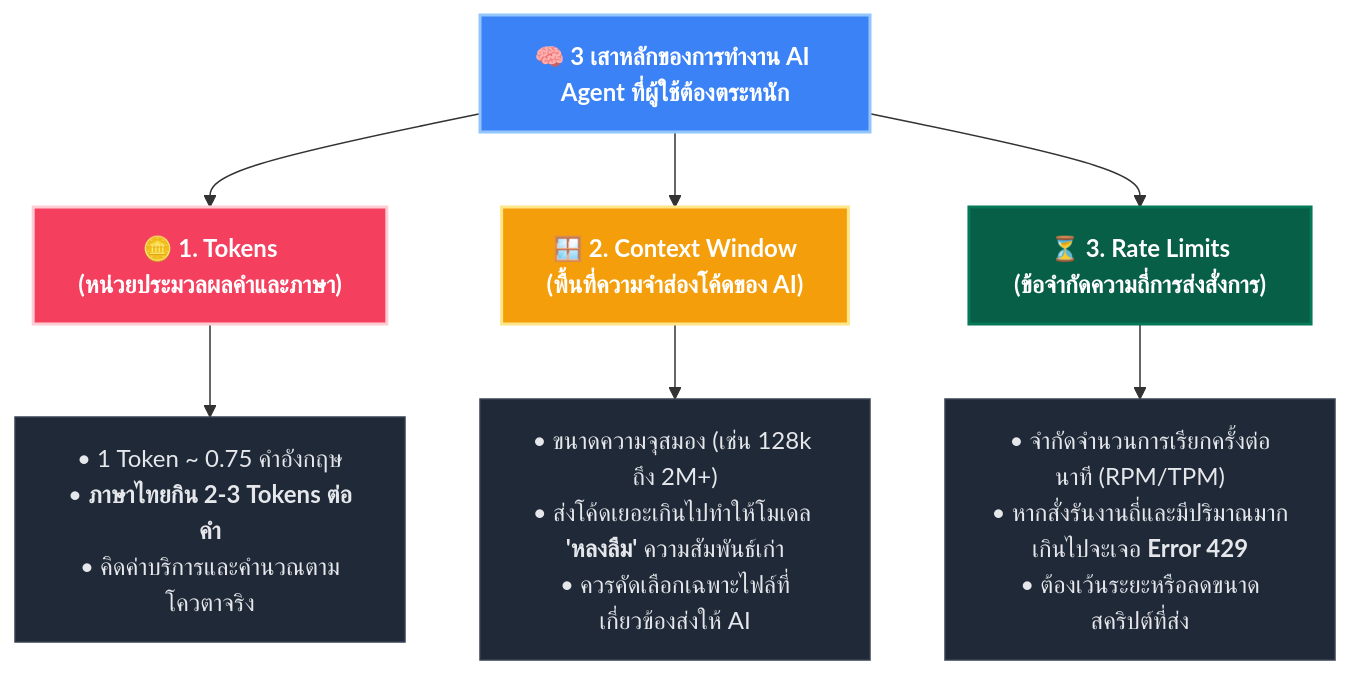
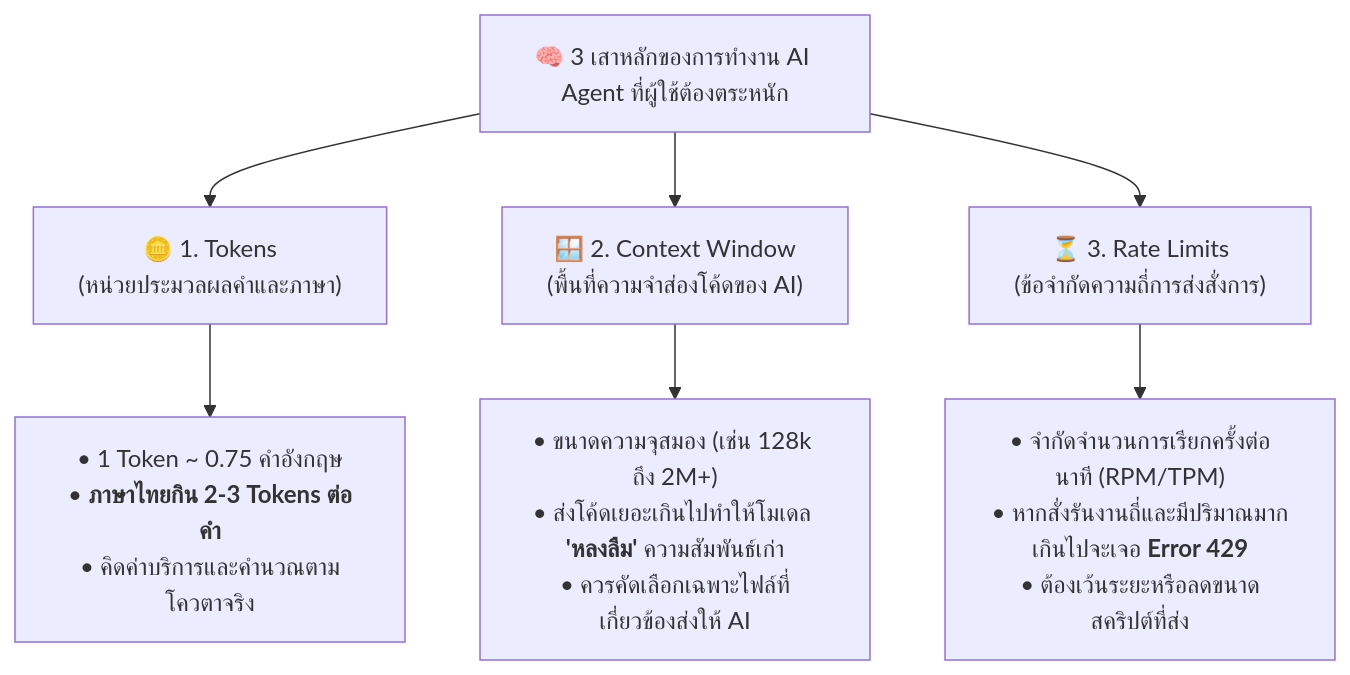
Before and after one commit to Krungsri/laravel-vibecode: the sixth of 8 diagrams in 01-lesson.md, drawn with Mermaid. The commit also changed other lines of this file and 3 other files, not shown here.

Commit message:
style: remove hardcoded Mermaid styles, fix overflow in requirements chart, and invert Anthropic logo in light mode

````diff
--- a/01-lesson.md
+++ b/01-lesson.md
@@ -830,28 +780,16 @@
 ```mermaid
 graph TD
     Root["🧠 3 เสาหลักของการทำงาน AI Agent ที่ผู้ใช้ต้องตระหนัก"]
     
     %% Pillar 1
     Root --> P1["🪙 1. Tokens<br>(หน่วยประมวลผลคำและภาษา)"]
     P1 --> P1_1["• 1 Token ~ 0.75 คำอังกฤษ<br>• <b>ภาษาไทยกิน 2-3 Tokens ต่อคำ</b><br>• คิดค่าบริการและคำนวณตามโควตาจริง"]
     
     %% Pillar 2
     Root --> P2["🪟 2. Context Window<br>(พื้นที่ความจำส่องโค้ดของ AI)"]
     P2 --> P2_1["• ขนาดความจุสมอง (เช่น 128k ถึง 2M+)<br>• ส่งโค้ดเยอะเกินไปทำให้โมเดล <b>'หลงลืม'</b> ความสัมพันธ์เก่า<br>• ควรคัดเลือกเฉพาะไฟล์ที่เกี่ยวข้องส่งให้ AI"]
     
     %% Pillar 3
     Root --> P3["⏳ 3. Rate Limits<br>(ข้อจำกัดความถี่การส่งสั่งการ)"]
     P3 --> P3_1["• จำกัดจำนวนการเรียกครั้งต่อนาที (RPM/TPM)<br>• หากสั่งรันงานถี่และมีปริมาณมากเกินไปจะเจอ <b>Error 429</b><br>• ต้องเว้นระยะหรือลดขนาดสคริปต์ที่ส่ง"]
-
-    %% Premium Style Definition
-    style Root fill:#3b82f6,stroke:#93c5fd,stroke-width:2px,color:#ffffff,font-weight:bold
-    
-    style P1 fill:#f43f5e,stroke:#fecdd3,stroke-width:2px,color:#ffffff,font-weight:bold
-    style P1_1 fill:#1f2937,stroke:#374151,stroke-width:1px,color:#e5e7eb
-    
-    style P2 fill:#f59e0b,stroke:#fde68a,stroke-width:2px,color:#ffffff,font-weight:bold
-    style P2_1 fill:#1f2937,stroke:#374151,stroke-width:1px,color:#e5e7eb
-    
-    style P3 fill:#065f46,stroke:#047857,stroke-width:2px,color:#ffffff,font-weight:bold
-    style P3_1 fill:#1f2937,stroke:#374151,stroke-width:1px,color:#e5e7eb
 ```
````
